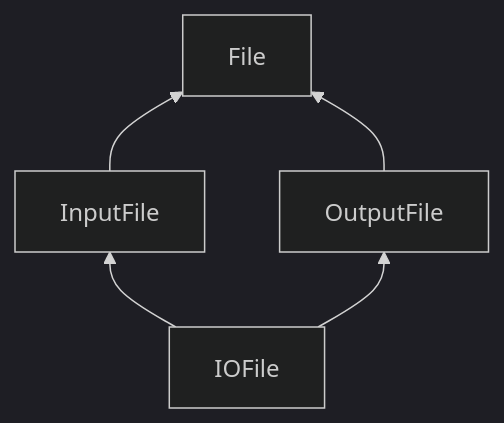
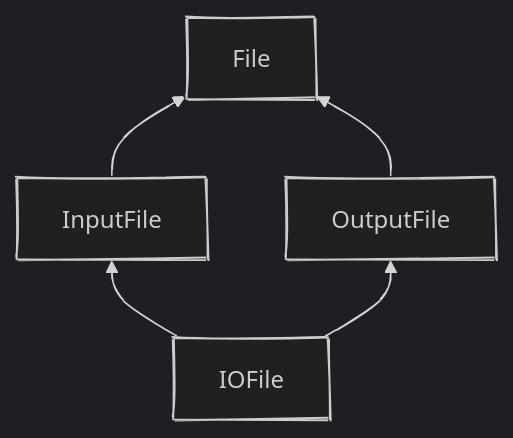
Before and after one commit to SoftHamzzi/SoftHamzzi.github.io: the first of 2 diagrams in _posts/game_dev/cpp/chapter6/2025-10-28-cpp_6_40.md, drawn with Mermaid. The commit also changed other lines of this file and 2 other files, not shown here.

First line of the commit message:
fix: mermaid 포함 포스트 수정

````diff
--- a/_posts/game_dev/cpp/chapter6/2025-10-28-cpp_6_40.md
+++ b/_posts/game_dev/cpp/chapter6/2025-10-28-cpp_6_40.md
@@ -83,11 +85,12 @@
 ```mermaid
 ---
 config:
   layout: dagre
   theme: dark
+  look: handDrawn
 ---
 flowchart BT
     IOFile["IOFile"] --> InputFile["InputFile"] & OutputFile["OutputFile"]
     InputFile --> File["File"]
     OutputFile --> File
 ```
````
